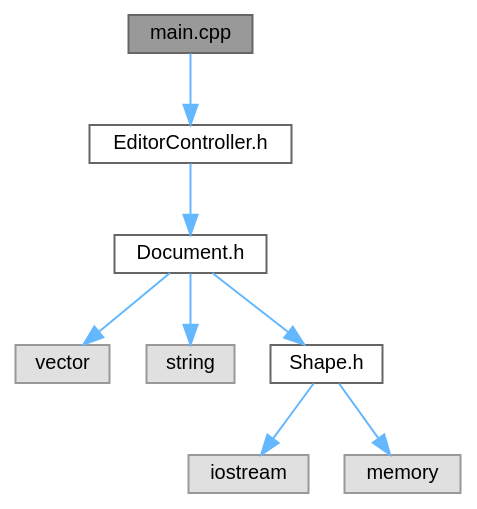
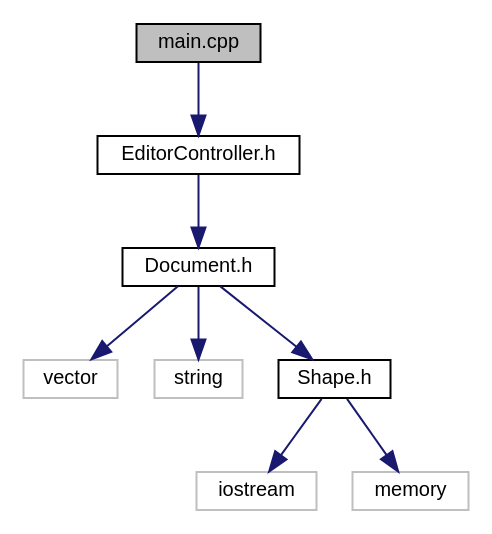
The diagram in main_8cpp__incl.dot (oshkines/otus-cpp-prof), drawn with Graphviz before and after one commit. The commit also changed 156 other files, not shown here.

```diff
--- a/main_8cpp__incl.dot
+++ b/main_8cpp__incl.dot
@@ -1,22 +1,21 @@
 digraph "main.cpp"
 {
  // LATEX_PDF_SIZE
-  bgcolor="transparent";
-  edge [fontname=Helvetica,fontsize=10,labelfontname=Helvetica,labelfontsize=10];
-  node [fontname=Helvetica,fontsize=10,shape=box,height=0.2,width=0.4];
-  Node1 [id="Node000001",label="main.cpp",height=0.2,width=0.4,color="gray40", fillcolor="grey60", style="filled", fontcolor="black",tooltip=" "];
-  Node1 -> Node2 [id="edge1_Node000001_Node000002",color="steelblue1",style="solid",tooltip=" "];
-  Node2 [id="Node000002",label="EditorController.h",height=0.2,width=0.4,color="grey40", fillcolor="white", style="filled",URL="$EditorController_8h.html",tooltip=" "];
-  Node2 -> Node3 [id="edge2_Node000002_Node000003",color="steelblue1",style="solid",tooltip=" "];
-  Node3 [id="Node000003",label="Document.h",height=0.2,width=0.4,color="grey40", fillcolor="white", style="filled",URL="$Document_8h.html",tooltip=" "];
-  Node3 -> Node4 [id="edge3_Node000003_Node000004",color="steelblue1",style="solid",tooltip=" "];
-  Node4 [id="Node000004",label="vector",height=0.2,width=0.4,color="grey60", fillcolor="#E0E0E0", style="filled",tooltip=" "];
-  Node3 -> Node5 [id="edge4_Node000003_Node000005",color="steelblue1",style="solid",tooltip=" "];
-  Node5 [id="Node000005",label="string",height=0.2,width=0.4,color="grey60", fillcolor="#E0E0E0", style="filled",tooltip=" "];
-  Node3 -> Node6 [id="edge5_Node000003_Node000006",color="steelblue1",style="solid",tooltip=" "];
-  Node6 [id="Node000006",label="Shape.h",height=0.2,width=0.4,color="grey40", fillcolor="white", style="filled",URL="$Shape_8h.html",tooltip=" "];
-  Node6 -> Node7 [id="edge6_Node000006_Node000007",color="steelblue1",style="solid",tooltip=" "];
-  Node7 [id="Node000007",label="iostream",height=0.2,width=0.4,color="grey60", fillcolor="#E0E0E0", style="filled",tooltip=" "];
-  Node6 -> Node8 [id="edge7_Node000006_Node000008",color="steelblue1",style="solid",tooltip=" "];
-  Node8 [id="Node000008",label="memory",height=0.2,width=0.4,color="grey60", fillcolor="#E0E0E0", style="filled",tooltip=" "];
+  edge [fontname="Helvetica",fontsize="10",labelfontname="Helvetica",labelfontsize="10"];
+  node [fontname="Helvetica",fontsize="10",shape=record];
+  Node1 [label="main.cpp",height=0.2,width=0.4,color="black", fillcolor="grey75", style="filled", fontcolor="black",tooltip=" "];
+  Node1 -> Node2 [color="midnightblue",fontsize="10",style="solid",fontname="Helvetica"];
+  Node2 [label="EditorController.h",height=0.2,width=0.4,color="black", fillcolor="white", style="filled",URL="$EditorController_8h.html",tooltip=" "];
+  Node2 -> Node3 [color="midnightblue",fontsize="10",style="solid",fontname="Helvetica"];
+  Node3 [label="Document.h",height=0.2,width=0.4,color="black", fillcolor="white", style="filled",URL="$Document_8h.html",tooltip=" "];
+  Node3 -> Node4 [color="midnightblue",fontsize="10",style="solid",fontname="Helvetica"];
+  Node4 [label="vector",height=0.2,width=0.4,color="grey75", fillcolor="white", style="filled",tooltip=" "];
+  Node3 -> Node5 [color="midnightblue",fontsize="10",style="solid",fontname="Helvetica"];
+  Node5 [label="string",height=0.2,width=0.4,color="grey75", fillcolor="white", style="filled",tooltip=" "];
+  Node3 -> Node6 [color="midnightblue",fontsize="10",style="solid",fontname="Helvetica"];
+  Node6 [label="Shape.h",height=0.2,width=0.4,color="black", fillcolor="white", style="filled",URL="$Shape_8h.html",tooltip=" "];
+  Node6 -> Node7 [color="midnightblue",fontsize="10",style="solid",fontname="Helvetica"];
+  Node7 [label="iostream",height=0.2,width=0.4,color="grey75", fillcolor="white", style="filled",tooltip=" "];
+  Node6 -> Node8 [color="midnightblue",fontsize="10",style="solid",fontname="Helvetica"];
+  Node8 [label="memory",height=0.2,width=0.4,color="grey75", fillcolor="white", style="filled",tooltip=" "];
 }
```
